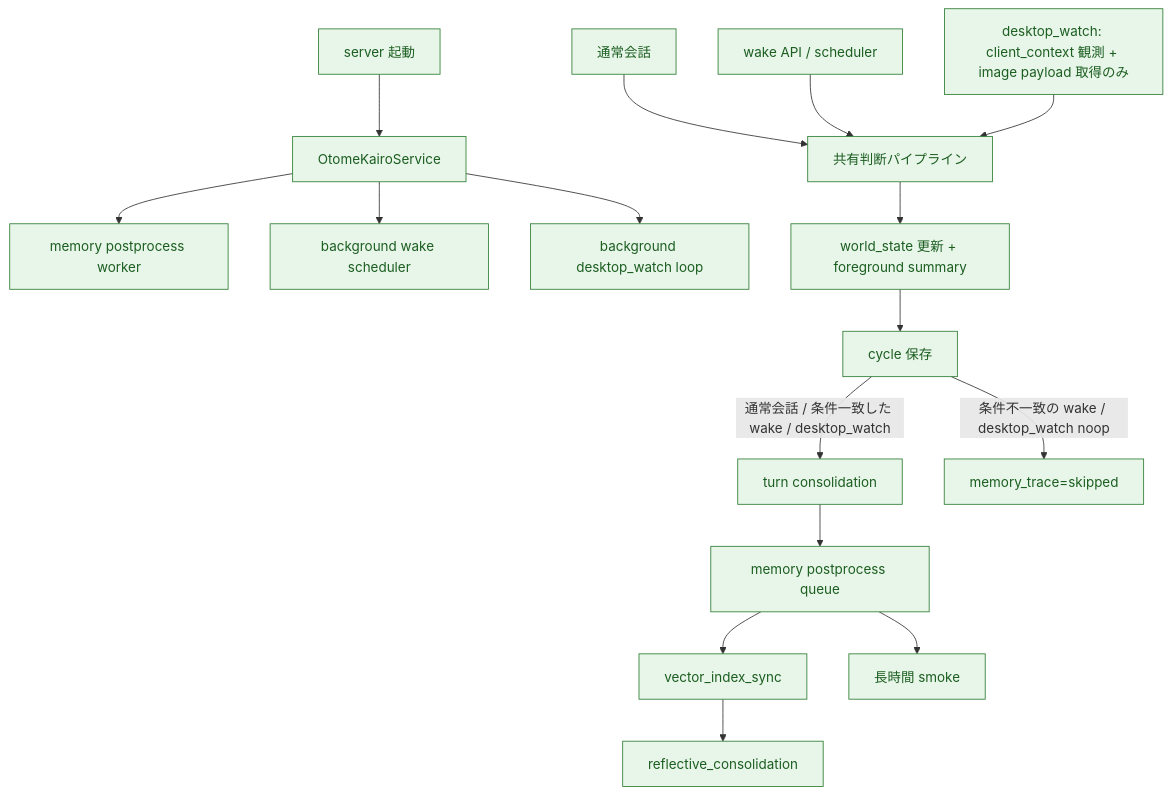
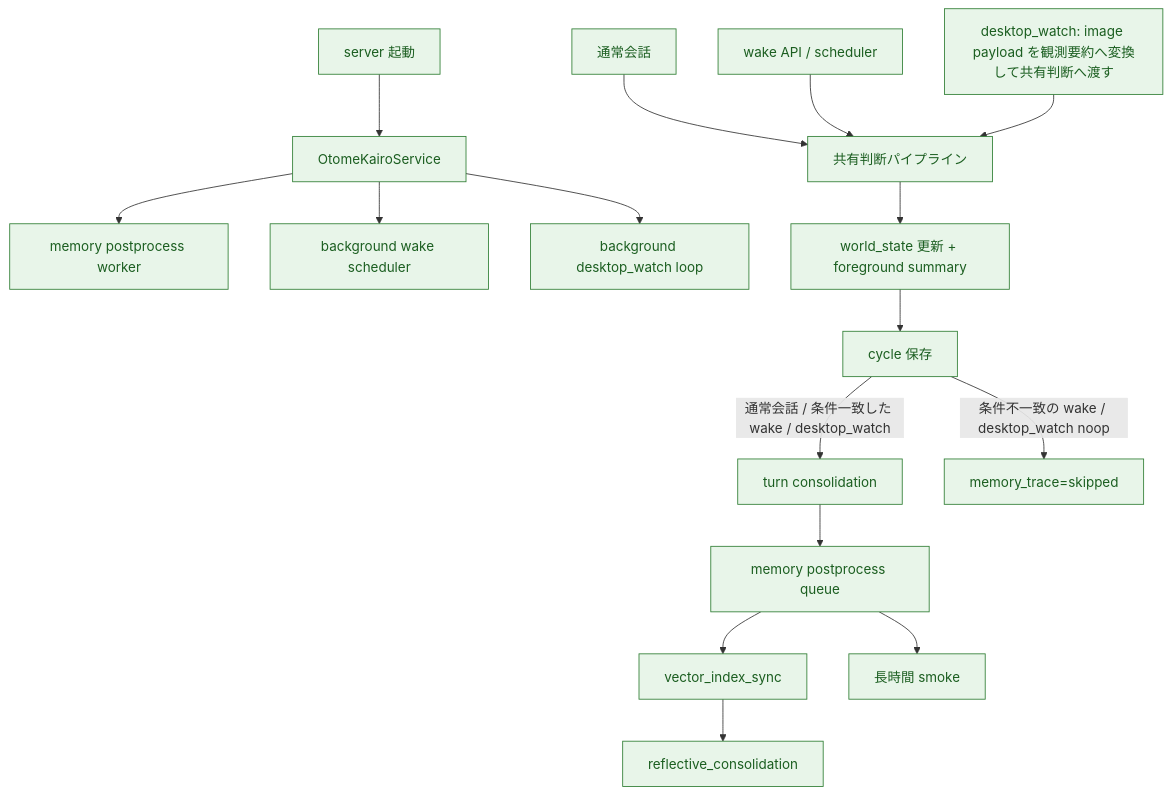
Before and after one commit to hirona98/OtomeKairo: the third of 4 diagrams in docs/plan/02_現行処理フロー.md, drawn with Mermaid. The commit also changed other lines of this file and 14 other files, not shown here.

Commit message:
Interpret desktop watch images

````diff
--- a/docs/plan/02_現行処理フロー.md
+++ b/docs/plan/02_現行処理フロー.md
@@ -133,24 +133,24 @@
 ```mermaid
 flowchart TD
     Start["server 起動"] --> Service["OtomeKairoService"]
     Service --> Worker["memory postprocess worker"]
     Service --> WakeLoop["background wake scheduler"]
     Service --> WatchLoop["background desktop_watch loop"]
 
     User["通常会話"] --> Shared["共有判断パイプライン"]
     Wake["wake API / scheduler"] --> Shared
-    WatchCtx["desktop_watch: client_context 観測 + image payload 取得のみ"] --> Shared
+    WatchCtx["desktop_watch: image payload を観測要約へ変換して共有判断へ渡す"] --> Shared
     Shared --> WorldStateNow["world_state 更新 + foreground summary"]
     WorldStateNow --> Persist["cycle 保存"]
     Persist -->|通常会話 / 条件一致した wake / desktop_watch| Turn["turn consolidation"]
     Persist -->|条件不一致の wake / desktop_watch noop| Skip["memory_trace=skipped"]
     Turn --> Queue["memory postprocess queue"]
     Queue --> Vec["vector_index_sync"]
     Vec --> Reflect["reflective_consolidation"]
     Queue --> Smoke["長時間 smoke"]
 
     classDef done fill:#e8f5e9,stroke:#2e7d32,color:#1b5e20;
 
     class Start,Service,Worker,WakeLoop,WatchLoop,User,Wake,WatchCtx,Shared,WorldStateNow,Persist,Turn,Skip,Queue,Vec,Reflect done;
     class Smoke done;
 ```
````
